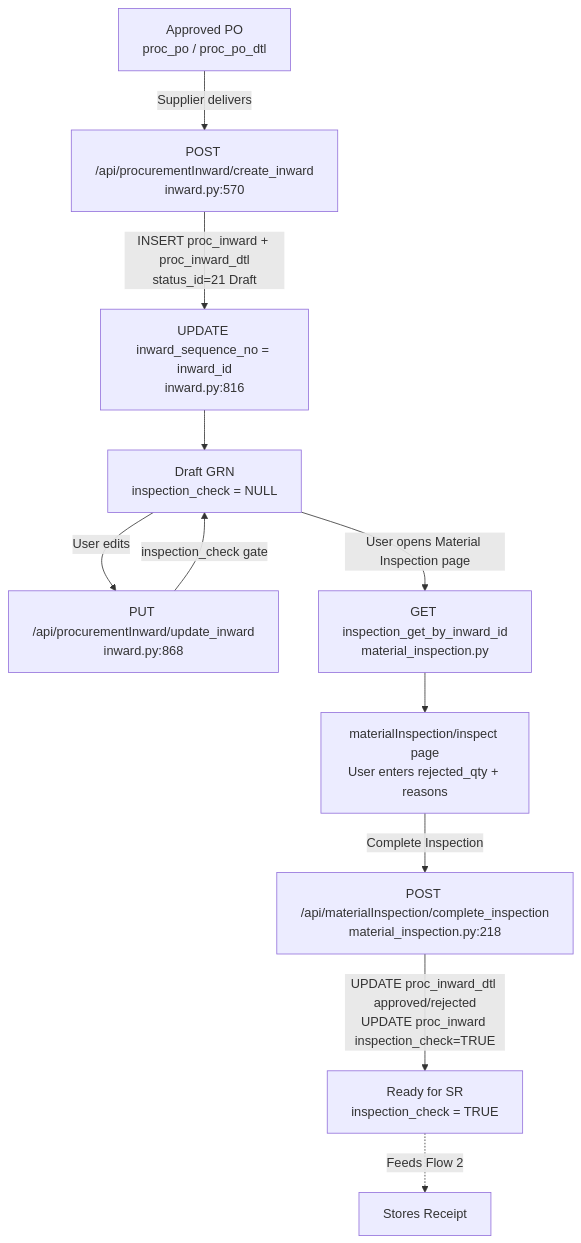
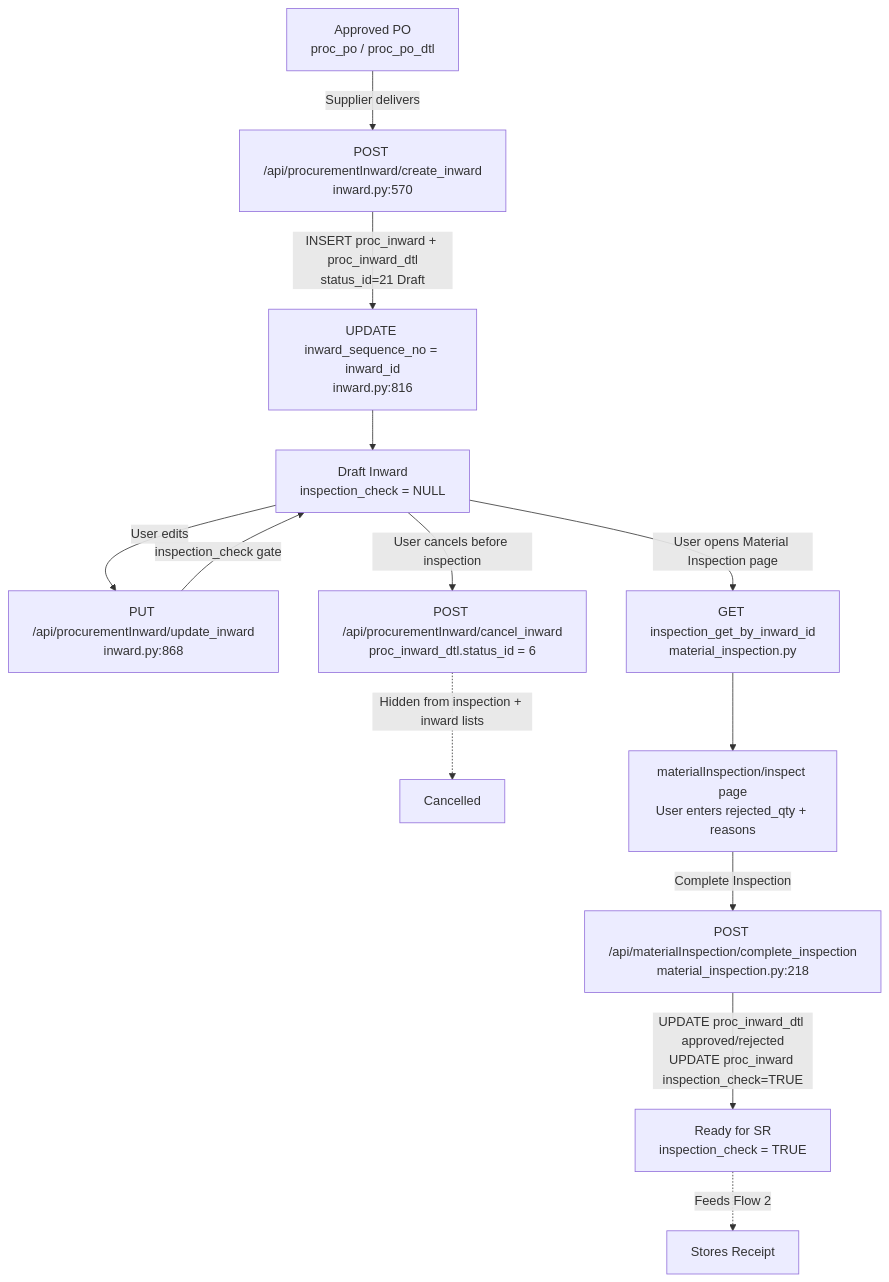
The second of 6 diagrams in docs/procurement-inward-to-bill-pass-approval-flows.md (tarunsadhukhan/sjmvowerp3be), drawn with Mermaid before and after one commit. The commit also changed other lines of this file and 195 other files, not shown here.

````diff
--- a/docs/procurement-inward-to-bill-pass-approval-flows.md
+++ b/docs/procurement-inward-to-bill-pass-approval-flows.md
@@ -75,13 +75,15 @@
 ```mermaid
 flowchart TD
     PO[Approved PO<br/>proc_po / proc_po_dtl] -->|Supplier delivers| CREATE[POST /api/procurementInward/create_inward<br/>inward.py:570]
     CREATE -->|INSERT proc_inward + proc_inward_dtl<br/>status_id=21 Draft| SEQ[UPDATE inward_sequence_no = inward_id<br/>inward.py:816]
-    SEQ --> DRAFT[Draft GRN<br/>inspection_check = NULL]
+    SEQ --> DRAFT[Draft Inward<br/>inspection_check = NULL]
     DRAFT -->|User edits| UPDATE[PUT /api/procurementInward/update_inward<br/>inward.py:868]
     UPDATE -->|inspection_check gate| DRAFT
+    DRAFT -->|User cancels before inspection| CANCEL[POST /api/procurementInward/cancel_inward<br/>proc_inward_dtl.status_id = 6]
+    CANCEL -.->|Hidden from inspection + inward lists| END[Cancelled]
     DRAFT -->|User opens Material Inspection page| INSPECT_FETCH[GET inspection_get_by_inward_id<br/>material_inspection.py]
     INSPECT_FETCH --> INSPECT_UI[materialInspection/inspect page<br/>User enters rejected_qty + reasons]
     INSPECT_UI -->|Complete Inspection| COMPLETE[POST /api/materialInspection/complete_inspection<br/>material_inspection.py:218]
     COMPLETE -->|UPDATE proc_inward_dtl approved/rejected<br/>UPDATE proc_inward inspection_check=TRUE| READY[Ready for SR<br/>inspection_check = TRUE]
     READY -.->|Feeds Flow 2| SR[Stores Receipt]
 ```
````
